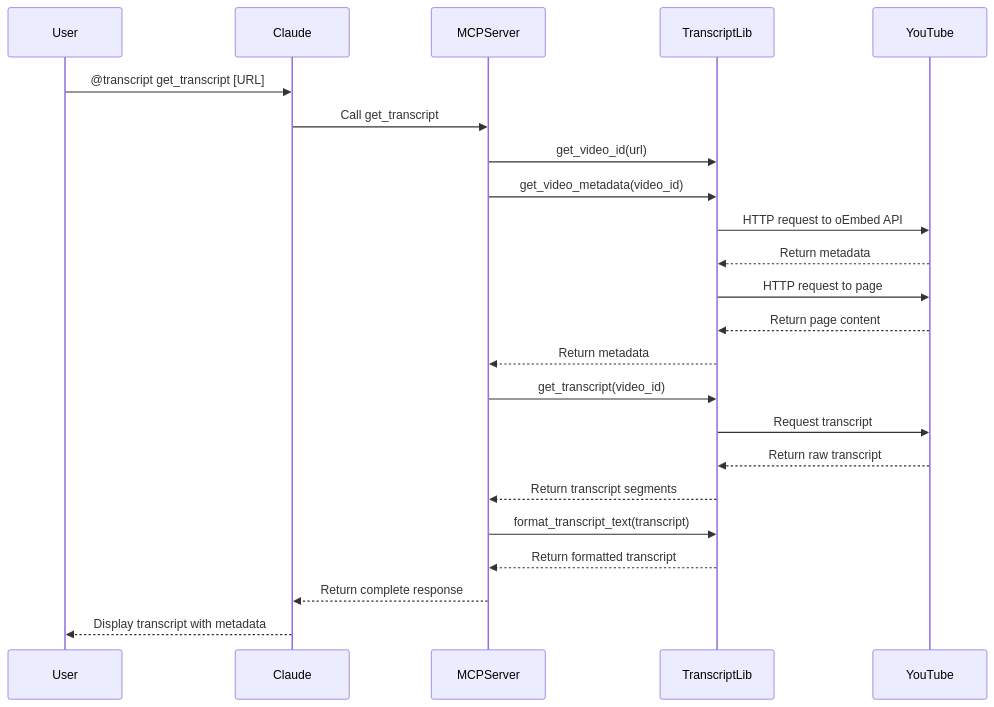
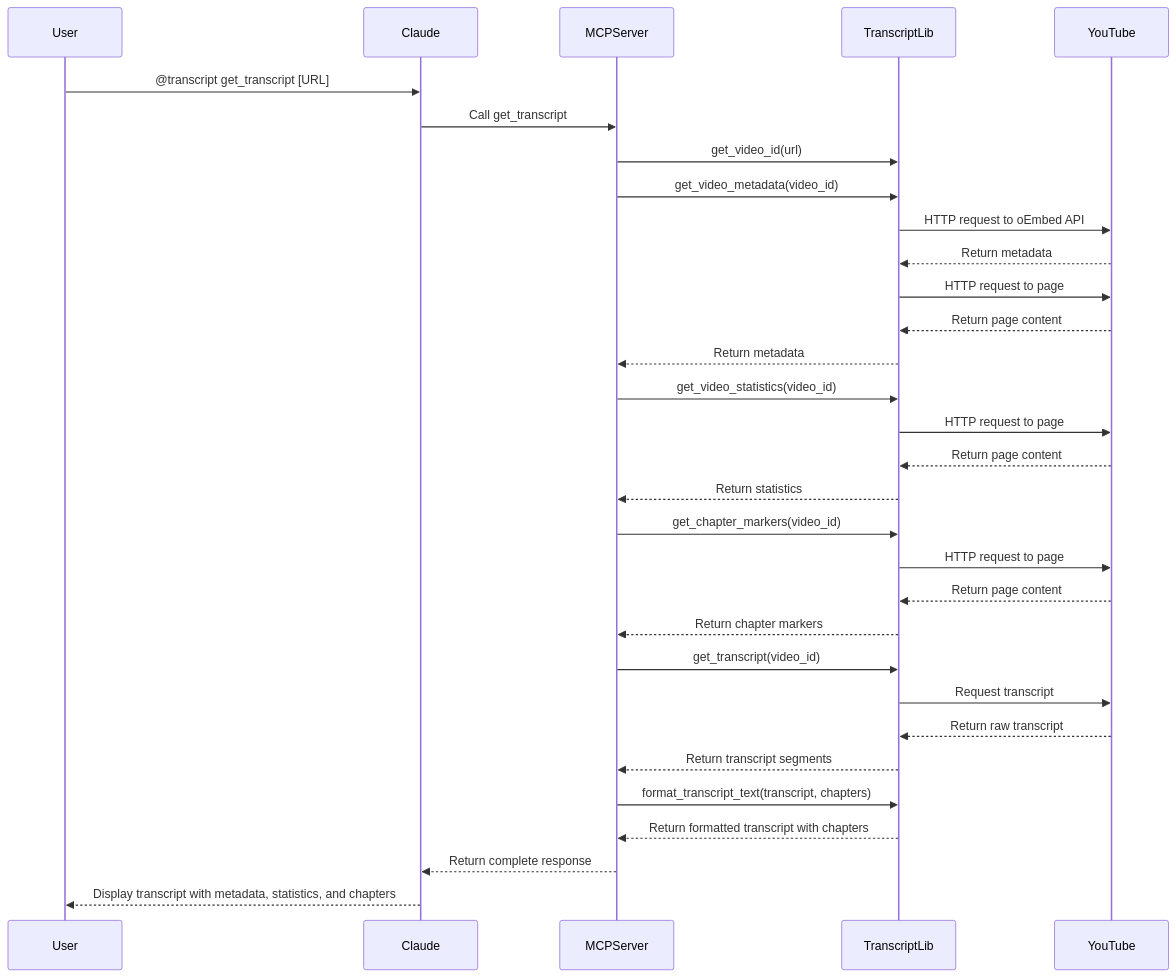
The third of 3 diagrams in README.md (palvindersander/youtube-transcript-mcp), drawn with Mermaid before and after one commit. The commit also changed other lines of this file and 5 other files, not shown here.

Commit message:
Add video statistics feature with tests and documentation

````diff
--- a/README.md
+++ b/README.md
@@ -80,26 +83,37 @@
 ```mermaid
 sequenceDiagram
     participant User
     participant Claude
     participant MCPServer
     participant TranscriptLib
     participant YouTube
     
     User->>Claude: @transcript get_transcript [URL]
     Claude->>MCPServer: Call get_transcript
     MCPServer->>TranscriptLib: get_video_id(url)
     MCPServer->>TranscriptLib: get_video_metadata(video_id)
     TranscriptLib->>YouTube: HTTP request to oEmbed API
     YouTube-->>TranscriptLib: Return metadata
     TranscriptLib->>YouTube: HTTP request to page
     YouTube-->>TranscriptLib: Return page content
     TranscriptLib-->>MCPServer: Return metadata
+    
+    MCPServer->>TranscriptLib: get_video_statistics(video_id)
+    TranscriptLib->>YouTube: HTTP request to page
+    YouTube-->>TranscriptLib: Return page content
+    TranscriptLib-->>MCPServer: Return statistics
+    
+    MCPServer->>TranscriptLib: get_chapter_markers(video_id)
+    TranscriptLib->>YouTube: HTTP request to page
+    YouTube-->>TranscriptLib: Return page content
+    TranscriptLib-->>MCPServer: Return chapter markers
+    
     MCPServer->>TranscriptLib: get_transcript(video_id)
     TranscriptLib->>YouTube: Request transcript
     YouTube-->>TranscriptLib: Return raw transcript
     TranscriptLib-->>MCPServer: Return transcript segments
-    MCPServer->>TranscriptLib: format_transcript_text(transcript)
-    TranscriptLib-->>MCPServer: Return formatted transcript
+    MCPServer->>TranscriptLib: format_transcript_text(transcript, chapters)
+    TranscriptLib-->>MCPServer: Return formatted transcript with chapters
     MCPServer-->>Claude: Return complete response
-    Claude-->>User: Display transcript with metadata
+    Claude-->>User: Display transcript with metadata, statistics, and chapters
 ```
````
